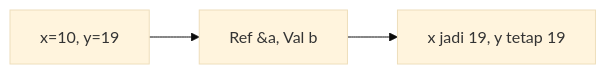
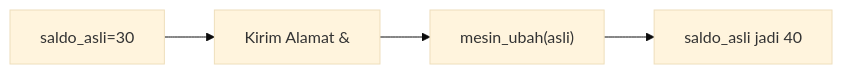
Before and after one commit to amnahwaida/OSNK_INF_PREP: the second of 25 diagrams in part-c-pemahaman-cpp/04-fungsi/latihan/set-02.md, drawn with Mermaid (base theme). The commit also changed other lines of this file and 71 other files, not shown here.

````diff
--- a/part-c-pemahaman-cpp/04-fungsi/latihan/set-02.md
+++ b/part-c-pemahaman-cpp/04-fungsi/latihan/set-02.md
@@ -48,5 +49,6 @@
 ```mermaid
 graph LR
-A["x=10, y=19"] --> B["Ref &a, Val b"]
-B --> C["x jadi 19, y tetap 19"]
+A["saldo_asli=30"] --> B["Kirim Alamat &"]
+B --> C["mesin_ubah(asli)"]
+C --> D["saldo_asli jadi 40"]
 ```
````
